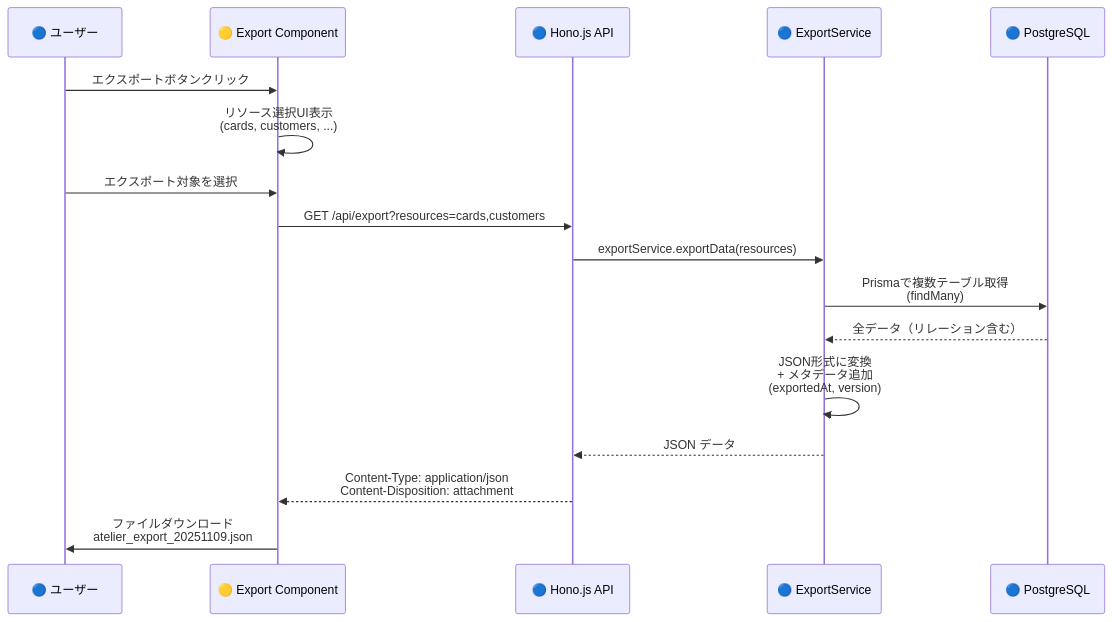
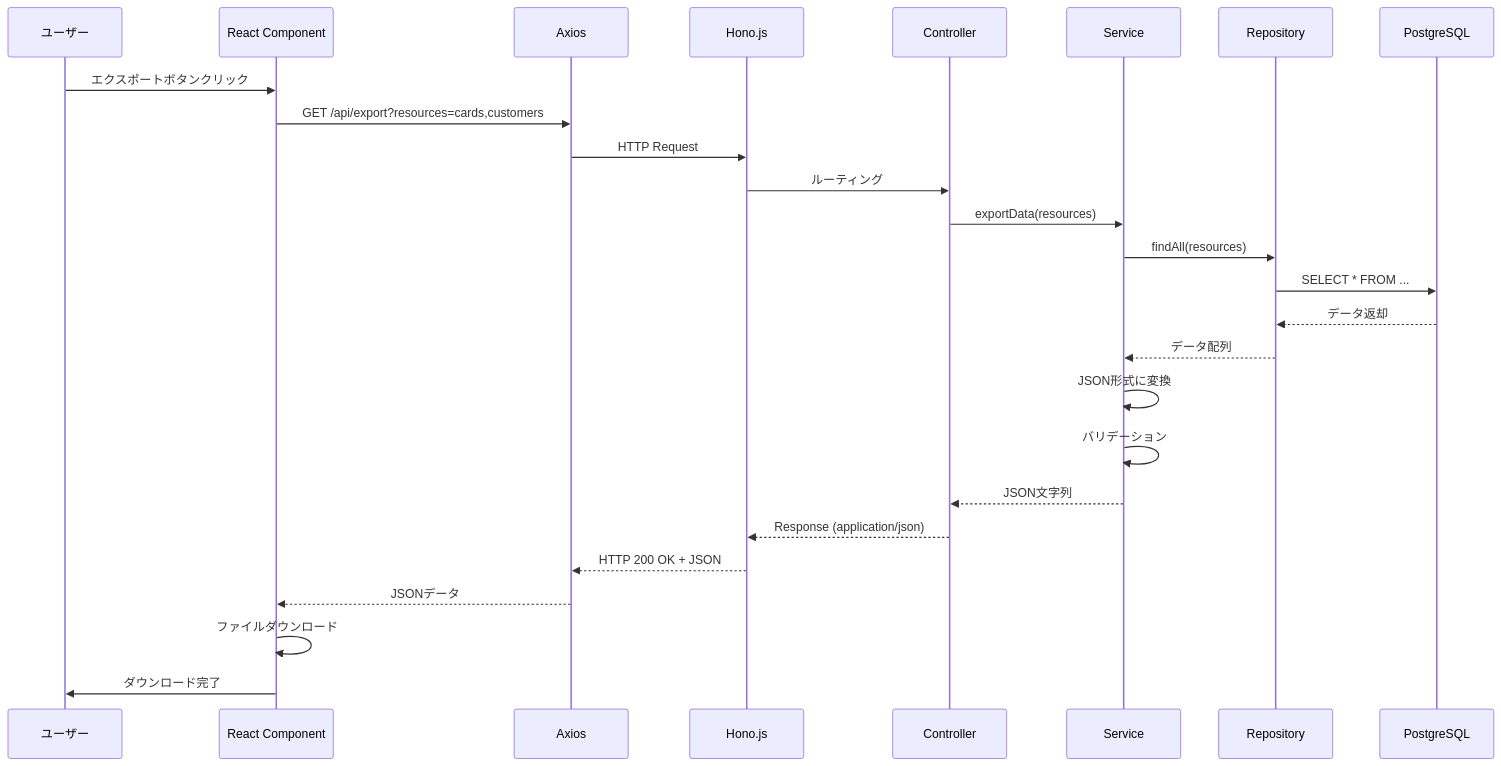
One commit to yaguma/atelier_resource_management changed the eighth of 10 diagrams in docs/design/resource-management-webapp/dataflow.md. Above: the diagram before and after it, drawn with Mermaid. The commit also changed other lines of this file and 8 other files, not shown here.

````diff
--- a/docs/design/resource-management-webapp/dataflow.md
+++ b/docs/design/resource-management-webapp/dataflow.md
@@ -301,20 +250,29 @@
 ```mermaid
 sequenceDiagram
-    participant User as 🔵 ユーザー
-    participant UI as 🟡 Export Component
-    participant API as 🔵 Hono.js API
-    participant Service as 🔵 ExportService
-    participant DB as 🔵 PostgreSQL
+    participant U as ユーザー
+    participant C as React Component
+    participant A as Axios
+    participant H as Hono.js
+    participant Ctrl as Controller
+    participant Svc as Service
+    participant Repo as Repository
+    participant DB as PostgreSQL
 
-    User->>UI: エクスポートボタンクリック
-    UI->>UI: リソース選択UI表示<br/>(cards, customers, ...)
-    User->>UI: エクスポート対象を選択
-    UI->>API: GET /api/export?resources=cards,customers
-    API->>Service: exportService.exportData(resources)
-    Service->>DB: Prismaで複数テーブル取得<br/>(findMany)
-    DB-->>Service: 全データ（リレーション含む）
-    Service->>Service: JSON形式に変換<br/>+ メタデータ追加<br/>(exportedAt, version)
-    Service-->>API: JSON データ
-    API-->>UI: Content-Type: application/json<br/>Content-Disposition: attachment
-    UI->>User: ファイルダウンロード<br/>atelier_export_20251109.json
+    U->>C: エクスポートボタンクリック
+    C->>A: GET /api/export?resources=cards,customers
+    A->>H: HTTP Request
+    H->>Ctrl: ルーティング
+    Ctrl->>Svc: exportData(resources)
+    Svc->>Repo: findAll(resources)
+    Repo->>DB: SELECT * FROM ...
+    DB-->>Repo: データ返却
+    Repo-->>Svc: データ配列
+    Svc->>Svc: JSON形式に変換
+    Svc->>Svc: バリデーション
+    Svc-->>Ctrl: JSON文字列
+    Ctrl-->>H: Response (application/json)
+    H-->>A: HTTP 200 OK + JSON
+    A-->>C: JSONデータ
+    C->>C: ファイルダウンロード
+    C->>U: ダウンロード完了
 ```
````
